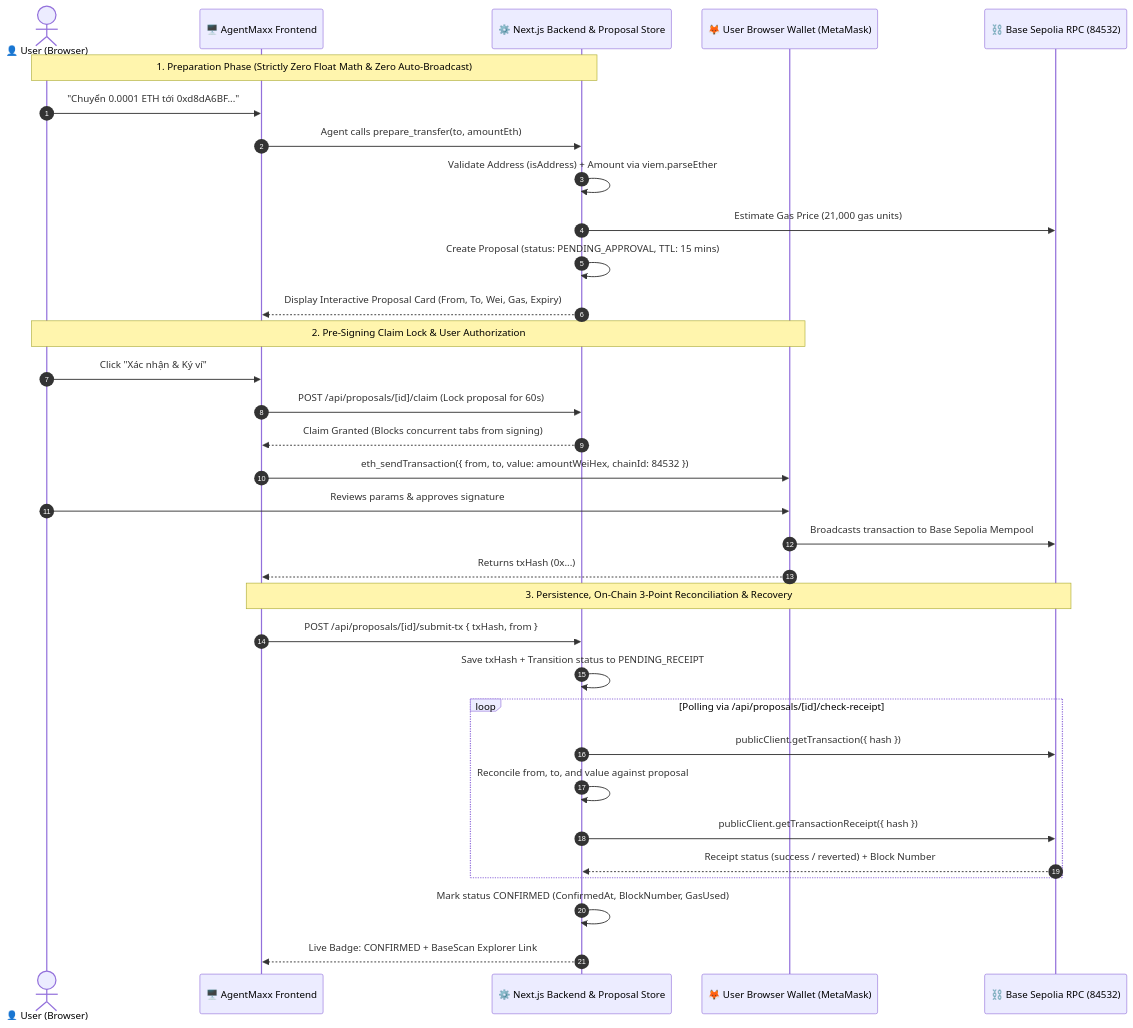
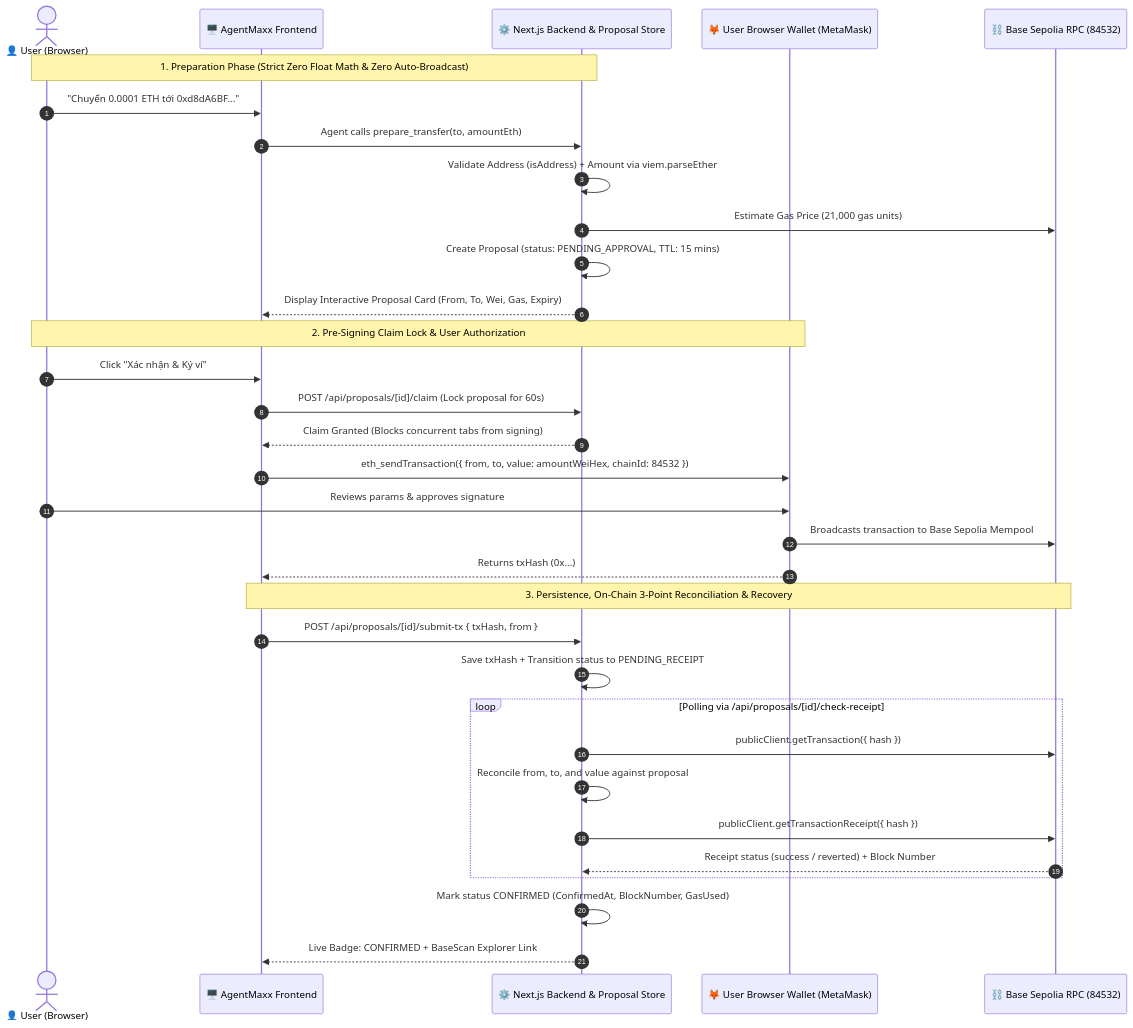
The first of 5 diagrams in README.md (Khanh-09/Agentmaxxin), drawn with Mermaid before and after one commit. The commit also changed other lines of this file, not shown here.

Commit message:
docs: update README with 5 detailed Mermaid workflows, dual-storage memory architecture, and 10 use cases

````diff
--- a/README.md
+++ b/README.md
@@ -44,38 +53,38 @@
 ```mermaid
 sequenceDiagram
     autonumber
     actor User as 👤 User (Browser)
     participant UI as 🖥️ AgentMaxx Frontend
     participant Backend as ⚙️ Next.js Backend & Proposal Store
     participant Wallet as 🦊 User Browser Wallet (MetaMask)
     participant BaseL2 as ⛓️ Base Sepolia RPC (84532)
 
-    Note over User,Backend: 1. Preparation Phase (Strictly Zero Float Math & Zero Auto-Broadcast)
+    Note over User,Backend: 1. Preparation Phase (Strict Zero Float Math & Zero Auto-Broadcast)
     User->>UI: "Chuyển 0.0001 ETH tới 0xd8dA6BF..."
     UI->>Backend: Agent calls prepare_transfer(to, amountEth)
     Backend->>Backend: Validate Address (isAddress) + Amount via viem.parseEther
     Backend->>BaseL2: Estimate Gas Price (21,000 gas units)
     Backend->>Backend: Create Proposal (status: PENDING_APPROVAL, TTL: 15 mins)
     Backend-->>UI: Display Interactive Proposal Card (From, To, Wei, Gas, Expiry)
 
     Note over User,Wallet: 2. Pre-Signing Claim Lock & User Authorization
     User->>UI: Click "Xác nhận & Ký ví"
     UI->>Backend: POST /api/proposals/[id]/claim (Lock proposal for 60s)
     Backend-->>UI: Claim Granted (Blocks concurrent tabs from signing)
     UI->>Wallet: eth_sendTransaction({ from, to, value: amountWeiHex, chainId: 84532 })
     User->>Wallet: Reviews params & approves signature
     Wallet->>BaseL2: Broadcasts transaction to Base Sepolia Mempool
     Wallet-->>UI: Returns txHash (0x...)
 
     Note over UI,BaseL2: 3. Persistence, On-Chain 3-Point Reconciliation & Recovery
     UI->>Backend: POST /api/proposals/[id]/submit-tx { txHash, from }
     Backend->>Backend: Save txHash + Transition status to PENDING_RECEIPT
     loop Polling via /api/proposals/[id]/check-receipt
         Backend->>BaseL2: publicClient.getTransaction({ hash })
         Backend->>Backend: Reconcile from, to, and value against proposal
         Backend->>BaseL2: publicClient.getTransactionReceipt({ hash })
         BaseL2-->>Backend: Receipt status (success / reverted) + Block Number
     end
     Backend->>Backend: Mark status CONFIRMED (ConfirmedAt, BlockNumber, GasUsed)
     Backend-->>UI: Live Badge: CONFIRMED + BaseScan Explorer Link
 ```
````
